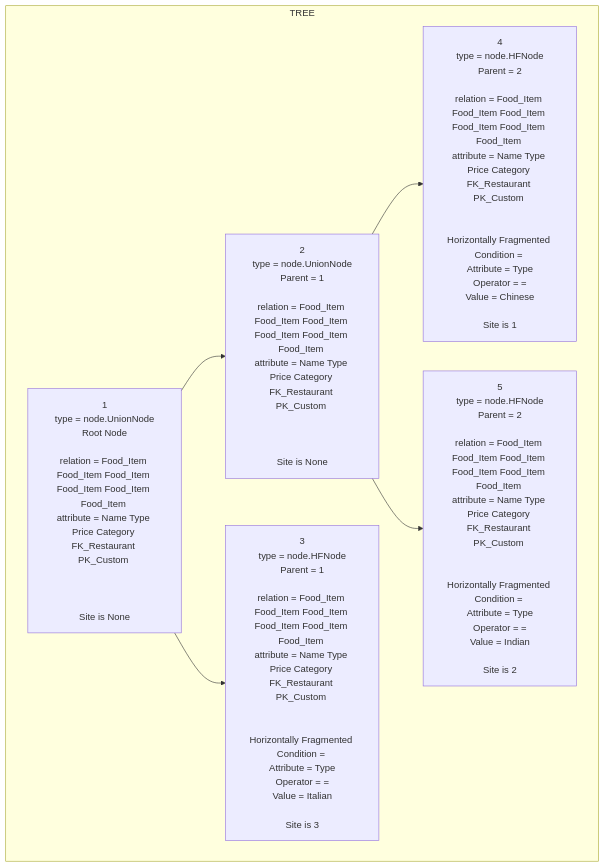
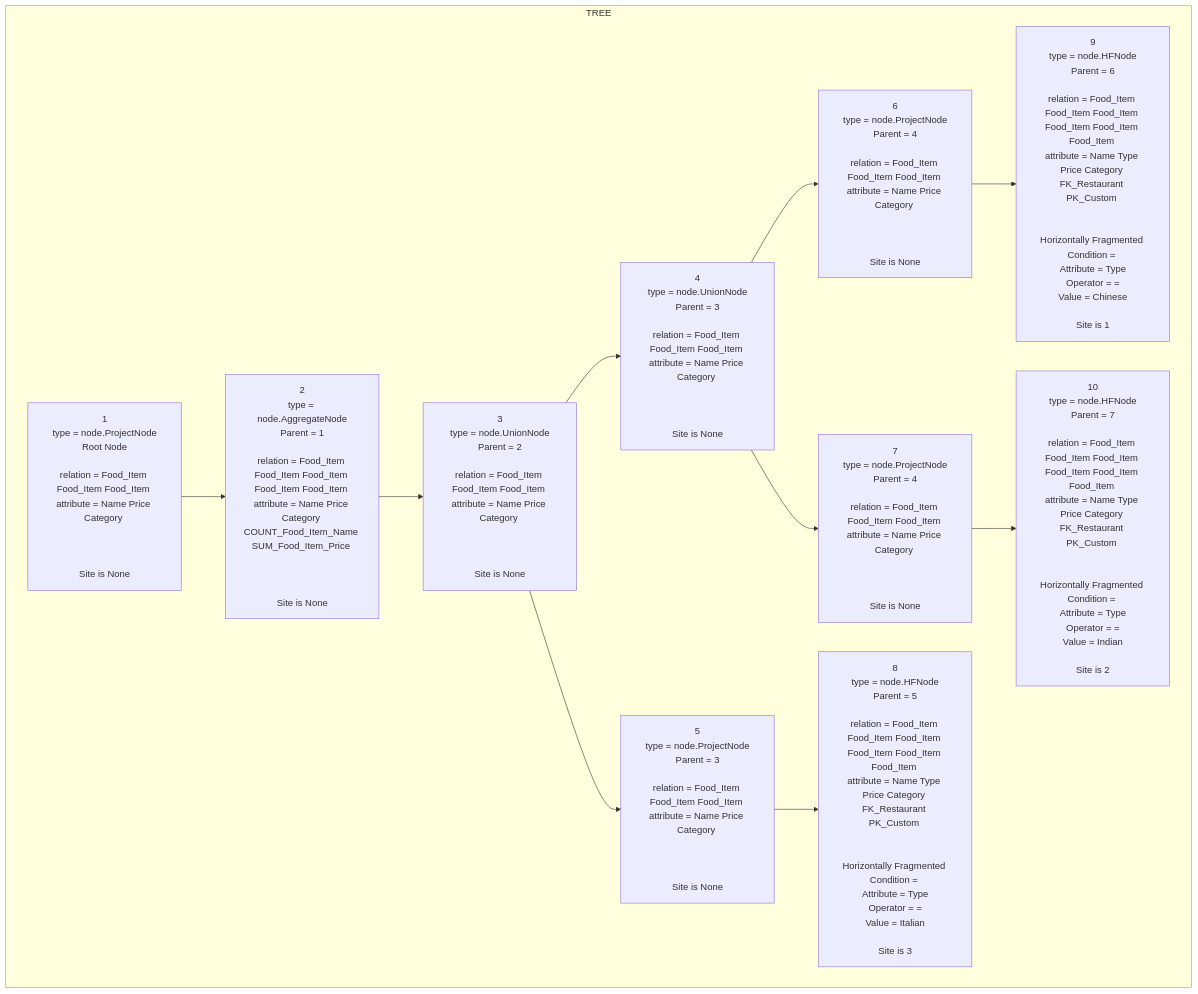
One commit to krtikgrg/Distributed_Database_System changed the diagram in phase3/src/complete.md. Above: the diagram before and after it, drawn with Mermaid. The commit also changed 4 other files, not shown here.

````diff
--- a/phase3/src/complete.md
+++ b/phase3/src/complete.md
@@ -1,14 +1,24 @@
 ```mermaid
 graph TD
 subgraph TREE
-1[1<br/>type = node.UnionNode<br/>Root Node<br/><br/>relation = Food_Item Food_Item Food_Item Food_Item Food_Item Food_Item <br/>attribute = Name Type Price Category FK_Restaurant PK_Custom <br/><br/><br/><br/>Site is None<br/>]
-2[2<br/>type = node.UnionNode<br/>Parent = 1<br/><br/>relation = Food_Item Food_Item Food_Item Food_Item Food_Item Food_Item <br/>attribute = Name Type Price Category FK_Restaurant PK_Custom <br/><br/><br/><br/>Site is None<br/>]
+1[1<br/>type = node.ProjectNode<br/>Root Node<br/><br/>relation = Food_Item Food_Item Food_Item <br/>attribute = Name Price Category <br/><br/><br/><br/>Site is None<br/>]
+2[2<br/>type = node.AggregateNode<br/>Parent = 1<br/><br/>relation = Food_Item Food_Item Food_Item Food_Item Food_Item <br/>attribute = Name Price Category COUNT_Food_Item_Name SUM_Food_Item_Price <br/><br/><br/><br/>Site is None<br/>]
 1-->2
-3[3<br/>type = node.HFNode<br/>Parent = 1<br/><br/>relation = Food_Item Food_Item Food_Item Food_Item Food_Item Food_Item <br/>attribute = Name Type Price Category FK_Restaurant PK_Custom <br/><br/><br/>Horizontally Fragmented Condition = <br/>Attribute = Type<br/>Operator = =<br/>Value = Italian<br/><br/>Site is 3<br/>]
-1-->3
-4[4<br/>type = node.HFNode<br/>Parent = 2<br/><br/>relation = Food_Item Food_Item Food_Item Food_Item Food_Item Food_Item <br/>attribute = Name Type Price Category FK_Restaurant PK_Custom <br/><br/><br/>Horizontally Fragmented Condition = <br/>Attribute = Type<br/>Operator = =<br/>Value = Chinese<br/><br/>Site is 1<br/>]
-2-->4
-5[5<br/>type = node.HFNode<br/>Parent = 2<br/><br/>relation = Food_Item Food_Item Food_Item Food_Item Food_Item Food_Item <br/>attribute = Name Type Price Category FK_Restaurant PK_Custom <br/><br/><br/>Horizontally Fragmented Condition = <br/>Attribute = Type<br/>Operator = =<br/>Value = Indian<br/><br/>Site is 2<br/>]
-2-->5
+3[3<br/>type = node.UnionNode<br/>Parent = 2<br/><br/>relation = Food_Item Food_Item Food_Item <br/>attribute = Name Price Category <br/><br/><br/><br/>Site is None<br/>]
+2-->3
+4[4<br/>type = node.UnionNode<br/>Parent = 3<br/><br/>relation = Food_Item Food_Item Food_Item <br/>attribute = Name Price Category <br/><br/><br/><br/>Site is None<br/>]
+3-->4
+5[5<br/>type = node.ProjectNode<br/>Parent = 3<br/><br/>relation = Food_Item Food_Item Food_Item <br/>attribute = Name Price Category <br/><br/><br/><br/>Site is None<br/>]
+3-->5
+6[6<br/>type = node.ProjectNode<br/>Parent = 4<br/><br/>relation = Food_Item Food_Item Food_Item <br/>attribute = Name Price Category <br/><br/><br/><br/>Site is None<br/>]
+4-->6
+7[7<br/>type = node.ProjectNode<br/>Parent = 4<br/><br/>relation = Food_Item Food_Item Food_Item <br/>attribute = Name Price Category <br/><br/><br/><br/>Site is None<br/>]
+4-->7
+8[8<br/>type = node.HFNode<br/>Parent = 5<br/><br/>relation = Food_Item Food_Item Food_Item Food_Item Food_Item Food_Item <br/>attribute = Name Type Price Category FK_Restaurant PK_Custom <br/><br/><br/>Horizontally Fragmented Condition = <br/>Attribute = Type<br/>Operator = =<br/>Value = Italian<br/><br/>Site is 3<br/>]
+5-->8
+9[9<br/>type = node.HFNode<br/>Parent = 6<br/><br/>relation = Food_Item Food_Item Food_Item Food_Item Food_Item Food_Item <br/>attribute = Name Type Price Category FK_Restaurant PK_Custom <br/><br/><br/>Horizontally Fragmented Condition = <br/>Attribute = Type<br/>Operator = =<br/>Value = Chinese<br/><br/>Site is 1<br/>]
+6-->9
+10[10<br/>type = node.HFNode<br/>Parent = 7<br/><br/>relation = Food_Item Food_Item Food_Item Food_Item Food_Item Food_Item <br/>attribute = Name Type Price Category FK_Restaurant PK_Custom <br/><br/><br/>Horizontally Fragmented Condition = <br/>Attribute = Type<br/>Operator = =<br/>Value = Indian<br/><br/>Site is 2<br/>]
+7-->10
 end
 ```
````
